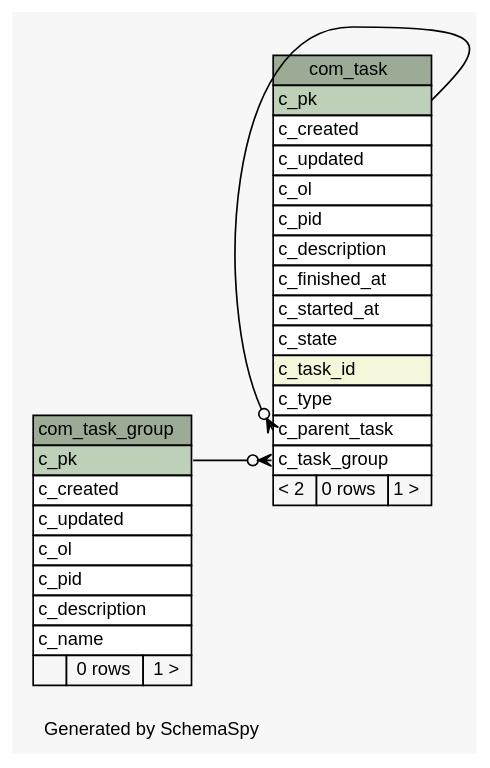
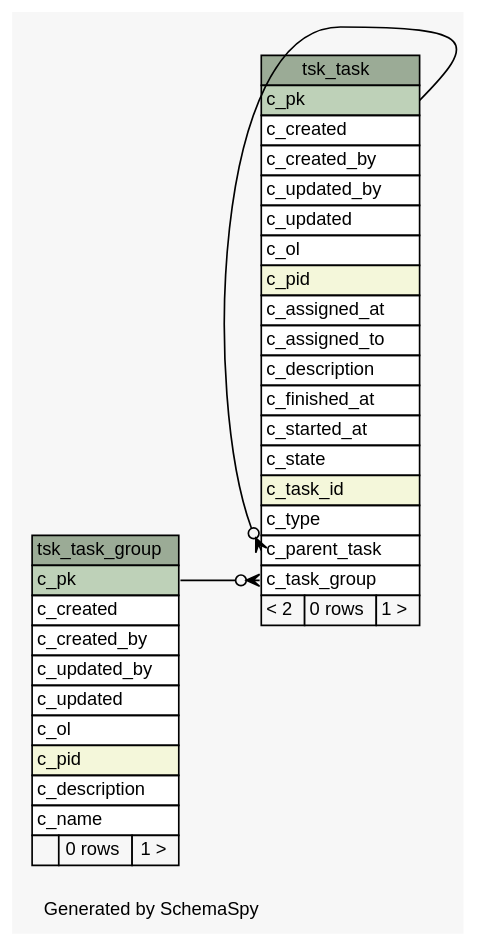
One commit to openwms/org.openwms.common.tasks changed the diagram in 1.0.0-SNAPSHOT/schemaspy/diagrams/summary/relationships.real.large.dot. Above: the diagram before and after it, drawn with Graphviz. The commit also changed 171 other files, not shown here.

```diff
--- a/1.0.0-SNAPSHOT/schemaspy/diagrams/summary/relationships.real.large.dot
+++ b/1.0.0-SNAPSHOT/schemaspy/diagrams/summary/relationships.real.large.dot
@@ -1,62 +1,68 @@
-// dot 2.43.0 on Linux 5.11.0-1021-azure
+// dot 2.43.0 on Linux 5.13.0-1023-azure
 // SchemaSpy rev Unknown
 digraph "largeRelationshipsDiagram" {
   graph [
     rankdir="RL"
     bgcolor="#f7f7f7"
     label="\nGenerated by SchemaSpy"
     labeljust="l"
     nodesep="0.18"
     ranksep="0.46"
     fontname="Helvetica"
     fontsize="11"
   ];
   node [
     fontname="Helvetica"
     fontsize="11"
     shape="plaintext"
   ];
   edge [
     arrowsize="0.8"
   ];
-  "com_task" [
+  "tsk_task" [
     label=<
     <TABLE BORDER="0" CELLBORDER="1" CELLSPACING="0" BGCOLOR="#ffffff">
-      <TR><TD COLSPAN="3" BGCOLOR="#9bab96" ALIGN="CENTER">com_task</TD></TR>
+      <TR><TD COLSPAN="3" BGCOLOR="#9bab96" ALIGN="CENTER">tsk_task</TD></TR>
       <TR><TD PORT="c_pk" COLSPAN="3" BGCOLOR="#bed1b8" ALIGN="LEFT">c_pk</TD></TR>
       <TR><TD PORT="c_created" COLSPAN="3" ALIGN="LEFT">c_created</TD></TR>
+      <TR><TD PORT="c_created_by" COLSPAN="3" ALIGN="LEFT">c_created_by</TD></TR>
+      <TR><TD PORT="c_updated_by" COLSPAN="3" ALIGN="LEFT">c_updated_by</TD></TR>
       <TR><TD PORT="c_updated" COLSPAN="3" ALIGN="LEFT">c_updated</TD></TR>
       <TR><TD PORT="c_ol" COLSPAN="3" ALIGN="LEFT">c_ol</TD></TR>
-      <TR><TD PORT="c_pid" COLSPAN="3" ALIGN="LEFT">c_pid</TD></TR>
+      <TR><TD PORT="c_pid" COLSPAN="3" BGCOLOR="#f4f7da" ALIGN="LEFT">c_pid</TD></TR>
+      <TR><TD PORT="c_assigned_at" COLSPAN="3" ALIGN="LEFT">c_assigned_at</TD></TR>
+      <TR><TD PORT="c_assigned_to" COLSPAN="3" ALIGN="LEFT">c_assigned_to</TD></TR>
       <TR><TD PORT="c_description" COLSPAN="3" ALIGN="LEFT">c_description</TD></TR>
       <TR><TD PORT="c_finished_at" COLSPAN="3" ALIGN="LEFT">c_finished_at</TD></TR>
       <TR><TD PORT="c_started_at" COLSPAN="3" ALIGN="LEFT">c_started_at</TD></TR>
       <TR><TD PORT="c_state" COLSPAN="3" ALIGN="LEFT">c_state</TD></TR>
       <TR><TD PORT="c_task_id" COLSPAN="3" BGCOLOR="#f4f7da" ALIGN="LEFT">c_task_id</TD></TR>
       <TR><TD PORT="c_type" COLSPAN="3" ALIGN="LEFT">c_type</TD></TR>
       <TR><TD PORT="c_parent_task" COLSPAN="3" ALIGN="LEFT">c_parent_task</TD></TR>
       <TR><TD PORT="c_task_group" COLSPAN="3" ALIGN="LEFT">c_task_group</TD></TR>
       <TR><TD ALIGN="LEFT" BGCOLOR="#f7f7f7">&lt; 2</TD><TD ALIGN="RIGHT" BGCOLOR="#f7f7f7">0 rows</TD><TD ALIGN="RIGHT" BGCOLOR="#f7f7f7">1 &gt;</TD></TR>
     </TABLE>>
-    URL="tables/com_task.html"
-    tooltip="com_task"
+    URL="tables/tsk_task.html"
+    tooltip="tsk_task"
   ];
-  "com_task_group" [
+  "tsk_task_group" [
     label=<
     <TABLE BORDER="0" CELLBORDER="1" CELLSPACING="0" BGCOLOR="#ffffff">
-      <TR><TD COLSPAN="3" BGCOLOR="#9bab96" ALIGN="CENTER">com_task_group</TD></TR>
+      <TR><TD COLSPAN="3" BGCOLOR="#9bab96" ALIGN="CENTER">tsk_task_group</TD></TR>
       <TR><TD PORT="c_pk" COLSPAN="3" BGCOLOR="#bed1b8" ALIGN="LEFT">c_pk</TD></TR>
       <TR><TD PORT="c_created" COLSPAN="3" ALIGN="LEFT">c_created</TD></TR>
+      <TR><TD PORT="c_created_by" COLSPAN="3" ALIGN="LEFT">c_created_by</TD></TR>
+      <TR><TD PORT="c_updated_by" COLSPAN="3" ALIGN="LEFT">c_updated_by</TD></TR>
       <TR><TD PORT="c_updated" COLSPAN="3" ALIGN="LEFT">c_updated</TD></TR>
       <TR><TD PORT="c_ol" COLSPAN="3" ALIGN="LEFT">c_ol</TD></TR>
-      <TR><TD PORT="c_pid" COLSPAN="3" ALIGN="LEFT">c_pid</TD></TR>
+      <TR><TD PORT="c_pid" COLSPAN="3" BGCOLOR="#f4f7da" ALIGN="LEFT">c_pid</TD></TR>
       <TR><TD PORT="c_description" COLSPAN="3" ALIGN="LEFT">c_description</TD></TR>
       <TR><TD PORT="c_name" COLSPAN="3" ALIGN="LEFT">c_name</TD></TR>
       <TR><TD ALIGN="LEFT" BGCOLOR="#f7f7f7">  </TD><TD ALIGN="RIGHT" BGCOLOR="#f7f7f7">0 rows</TD><TD ALIGN="RIGHT" BGCOLOR="#f7f7f7">1 &gt;</TD></TR>
     </TABLE>>
-    URL="tables/com_task_group.html"
-    tooltip="com_task_group"
+    URL="tables/tsk_task_group.html"
+    tooltip="tsk_task_group"
   ];
-  "com_task":"c_parent_task":w -> "com_task":"c_pk":e [arrowhead=none dir=back arrowtail=crowodot];
-  "com_task":"c_task_group":w -> "com_task_group":"c_pk":e [arrowhead=none dir=back arrowtail=crowodot];
+  "tsk_task":"c_parent_task":w -> "tsk_task":"c_pk":e [arrowhead=none dir=back arrowtail=crowodot];
+  "tsk_task":"c_task_group":w -> "tsk_task_group":"c_pk":e [arrowhead=none dir=back arrowtail=crowodot];
 }
```
